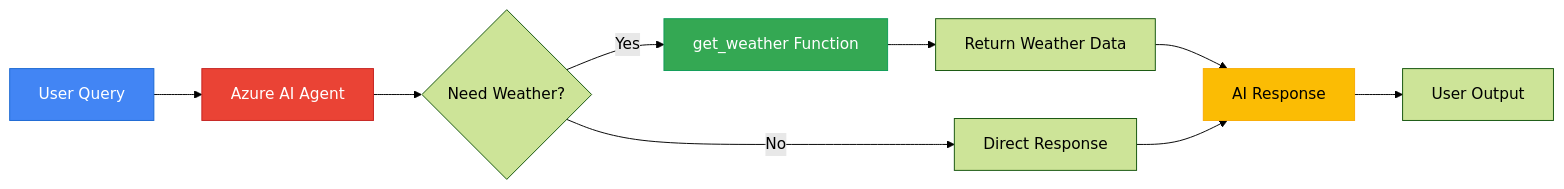
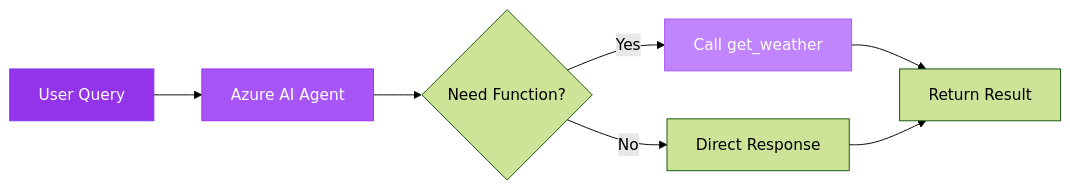
One commit to khanasif1/demo-microsoft-agent-framework changed the first of 4 diagrams in _src/README.md. Above: the diagram before and after it, drawn with Mermaid (forest theme). The commit also changed other lines of this file, not shown here.

````diff
--- a/_src/README.md
+++ b/_src/README.md
@@ -24,16 +13,13 @@
 ```mermaid
 graph LR
     A[User Query] --> B[Azure AI Agent]
-    B --> C{Need Weather?}
-    C -->|Yes| D[get_weather Function]
-    D --> E[Return Weather Data]
-    C -->|No| F[Direct Response]
-    E --> G[AI Response]
-    F --> G
-    G --> H[User Output]
+    B --> C{Need Function?}
+    C -->|Yes| D[Call get_weather]
+    C -->|No| E[Direct Response]
+    D --> F[Return Result]
+    E --> F
     
-    style A fill:#4285f4,stroke:#1967d2,color:#fff
-    style B fill:#ea4335,stroke:#c5221f,color:#fff
-    style D fill:#34a853,stroke:#0f9d58,color:#fff
-    style G fill:#fbbc04,stroke:#f9ab00,color:#000
+    style A fill:#9333EA,stroke:#7C3AED,color:#fff
+    style B fill:#A855F7,stroke:#9333EA,color:#fff
+    style D fill:#C084FC,stroke:#A855F7,color:#fff
 ```
````
